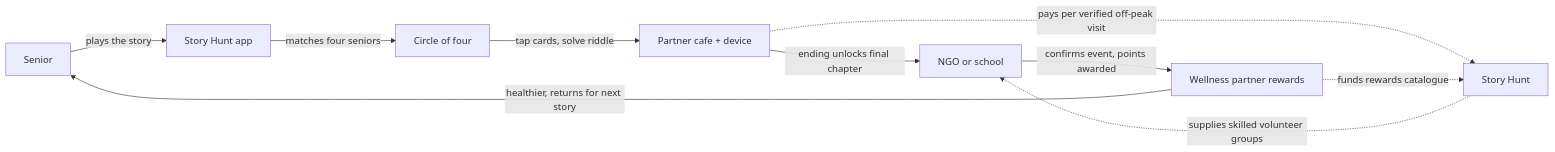
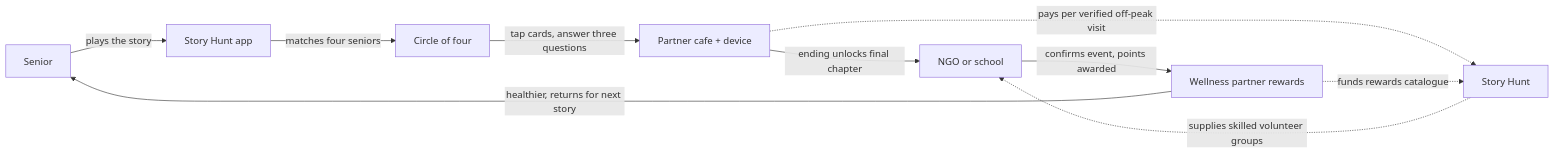
The second of 2 diagrams in docs/WORKFLOW.md (aroranaman5763-glitch/SIH), drawn with Mermaid before and after one commit. The commit also changed other lines of this file and 7 other files, not shown here.

````diff
--- a/docs/WORKFLOW.md
+++ b/docs/WORKFLOW.md
@@ -78,13 +78,13 @@
 ```mermaid
 flowchart LR
     S["Senior"] -- "plays the story" --> APP["Story Hunt app"]
     APP -- "matches four seniors" --> CIRCLE["Circle of four"]
-    CIRCLE -- "tap cards, solve riddle" --> CAFE["Partner cafe + device"]
+    CIRCLE -- "tap cards, answer three questions" --> CAFE["Partner cafe + device"]
     CAFE -- "ending unlocks final chapter" --> NGO["NGO or school"]
     NGO -- "confirms event, points awarded" --> WELL["Wellness partner rewards"]
     WELL -- "healthier, returns for next story" --> S
 
     CAFE -. "pays per verified off-peak visit" .-> SH["Story Hunt"]
     WELL -. "funds rewards catalogue" .-> SH
     SH -. "supplies skilled volunteer groups" .-> NGO
 ```
````
